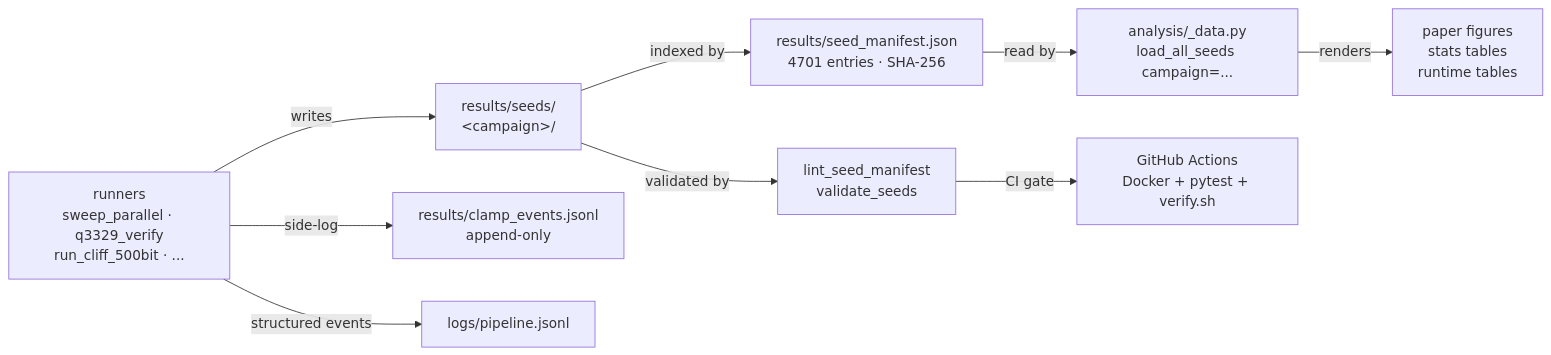
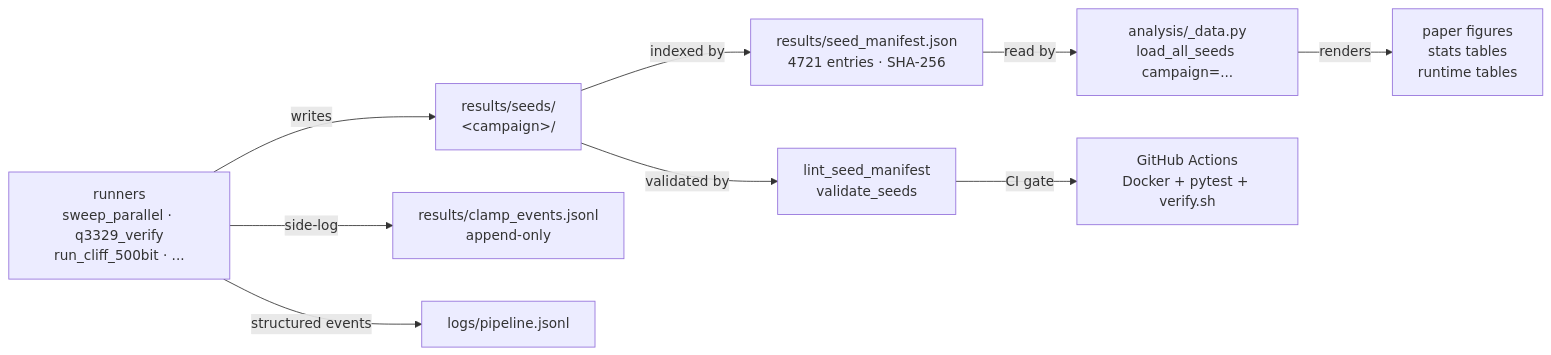
Before and after one commit to BrendanChambersBourgeois/sdbkz-benchmark: the diagram in README.md, drawn with Mermaid. The commit also changed other lines of this file and 4 other files, not shown here.

````diff
--- a/README.md
+++ b/README.md
@@ -68,11 +68,11 @@
 ```mermaid
 flowchart LR
   A[runners<br/>sweep_parallel · q3329_verify<br/>run_cliff_500bit · ...] -->|writes| B[results/seeds/<br/>&lt;campaign&gt;/]
-  B -->|indexed by| C[results/seed_manifest.json<br/>4701 entries · SHA-256]
+  B -->|indexed by| C[results/seed_manifest.json<br/>4721 entries · SHA-256]
   C -->|read by| D[analysis/_data.py<br/>load_all_seeds campaign=...]
   D -->|renders| E[paper figures<br/>stats tables<br/>runtime tables]
   B -->|validated by| F[lint_seed_manifest<br/>validate_seeds]
   F -->|CI gate| G[GitHub Actions<br/>Docker + pytest + verify.sh]
   A -->|side-log| H[results/clamp_events.jsonl<br/>append-only]
   A -->|structured events| I[logs/pipeline.jsonl]
 ```
````
